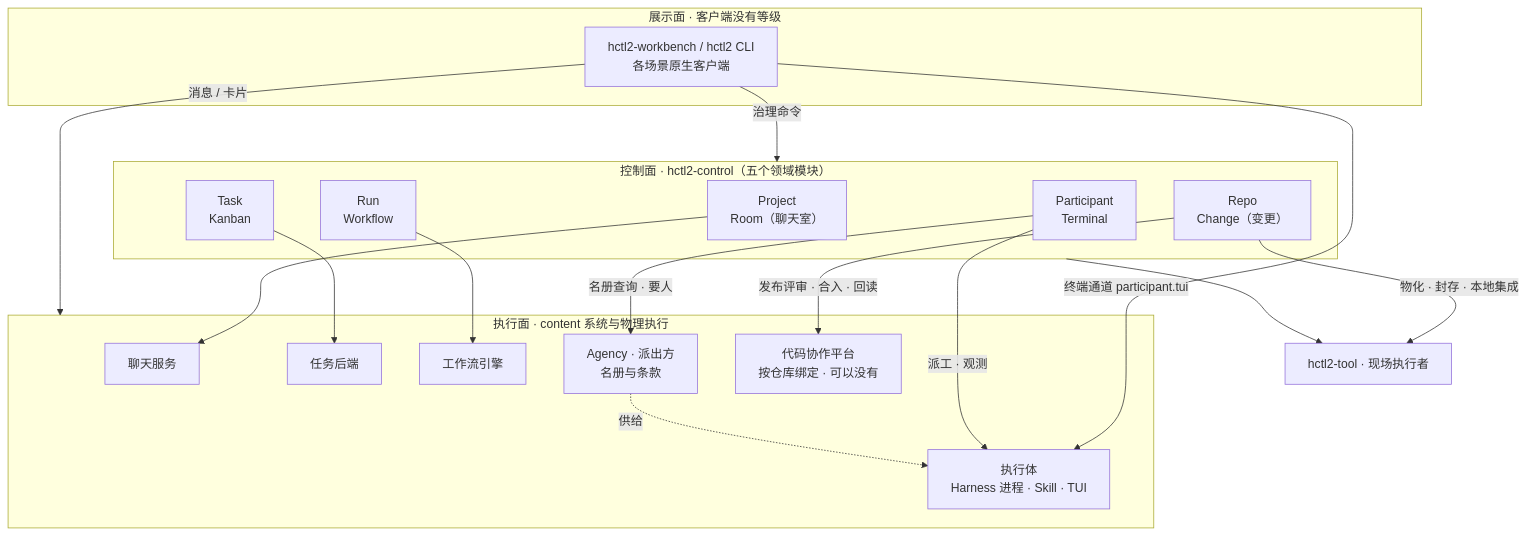
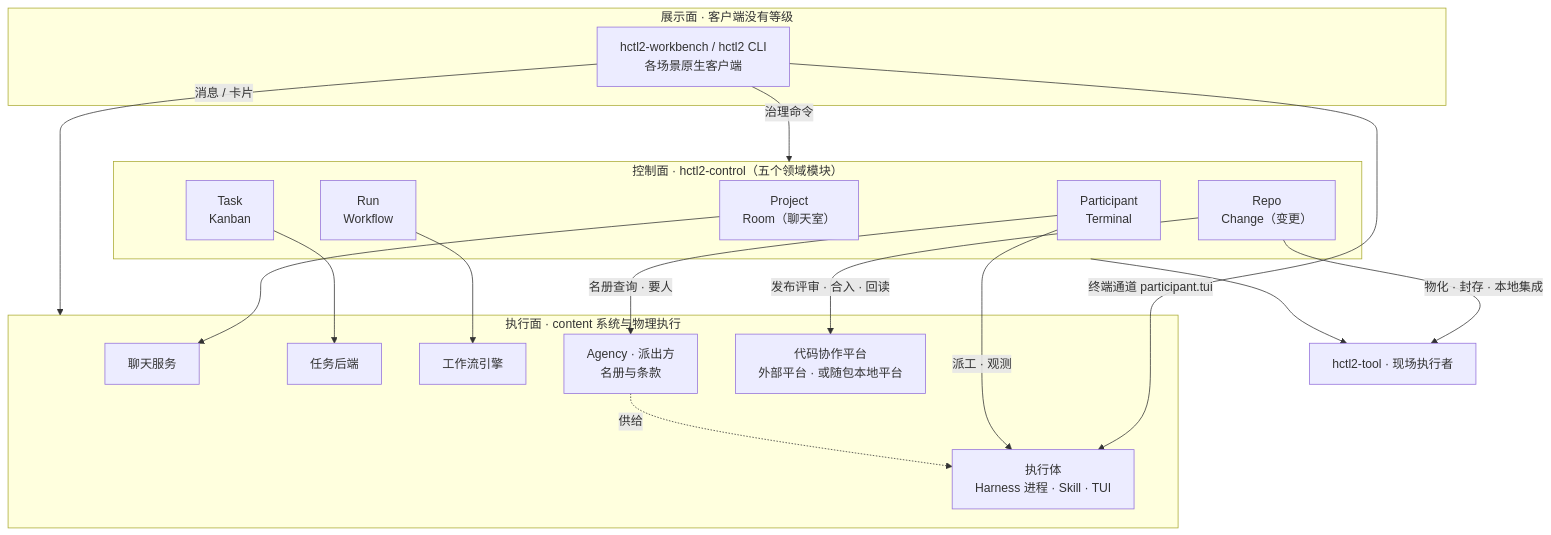
One commit to yesme/hctl2 changed the diagram in README.md. Above: the diagram before and after it, drawn with Mermaid. The commit also changed other lines of this file and 29 other files, not shown here.

````diff
--- a/README.md
+++ b/README.md
@@ -23,38 +23,38 @@
 ```mermaid
 flowchart TB
     subgraph Present["展示面 · 客户端没有等级"]
         Clients["hctl2-workbench / hctl2 CLI<br/>各场景原生客户端"]
     end
 
     subgraph Control["控制面 · hctl2-control（五个领域模块）"]
         P["Project<br/>Room（聊天室）"]
         T["Task<br/>Kanban"]
         R["Run<br/>Workflow"]
         A["Participant<br/>Terminal"]
         C["Repo<br/>Change（变更）"]
     end
 
     subgraph Exec["执行面 · content 系统与物理执行"]
         chat_srv["聊天服务"]
         task_backend["任务后端"]
         engine["工作流引擎"]
         agency["Agency · 派出方<br/>名册与条款"]
         worker["执行体<br/>Harness 进程 · Skill · TUI"]
-        platform["代码协作平台<br/>按仓库绑定 · 可以没有"]
+        platform["代码协作平台<br/>外部平台 · 或随包本地平台"]
     end
 
     Tool["hctl2-tool · 现场执行者"]
 
     Clients -->|治理命令| Control
     Clients -->|消息 / 卡片| Exec
     Clients -->|终端通道 participant.tui| worker
     Control --> Tool
     P --> chat_srv
     T --> task_backend
     R --> engine
     A -->|名册查询 · 要人| agency
     A -->|派工 · 观测| worker
     agency -.->|供给| worker
     C -->|发布评审 · 合入 · 回读| platform
     C -->|物化 · 封存 · 本地集成| Tool
 ```
````
